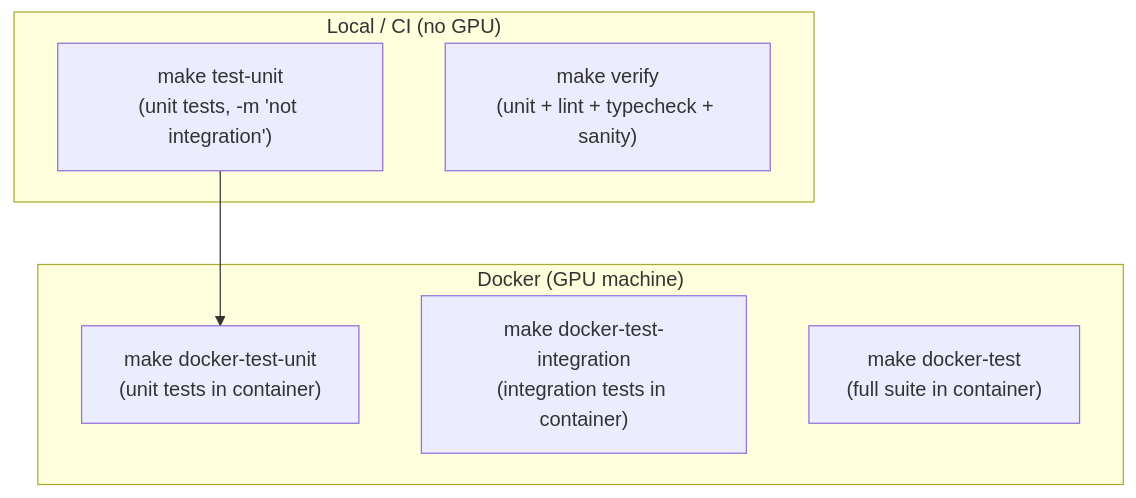
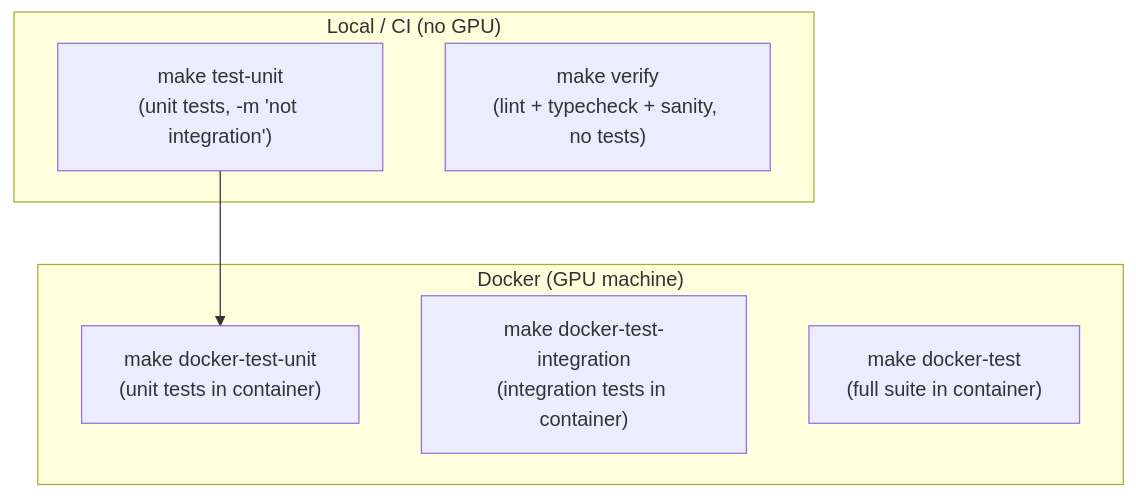
Before and after one commit to Expo39/Uncertainty-Conditioned-RL-with-Evidential-Policy-Networks-for-Autonomous-Systems: the diagram in tests/README.md, drawn with Mermaid. The commit also changed other lines of this file, not shown here.

Commit message:
docs(tests): correct the integration scope, coverage map and verify target (#31)

````diff
--- a/tests/README.md
+++ b/tests/README.md
@@ -13,15 +13,15 @@
 ```mermaid
 flowchart TB
     subgraph local["Local / CI (no GPU)"]
         UNIT["make test-unit\n(unit tests, -m 'not integration')"]
-        VERIFY["make verify\n(unit + lint + typecheck + sanity)"]
+        VERIFY["make verify\n(lint + typecheck + sanity, no tests)"]
     end
 
     subgraph docker["Docker (GPU machine)"]
         DU["make docker-test-unit\n(unit tests in container)"]
         DI["make docker-test-integration\n(integration tests in container)"]
         DF["make docker-test\n(full suite in container)"]
     end
 
     UNIT --> DU
 ```
````
